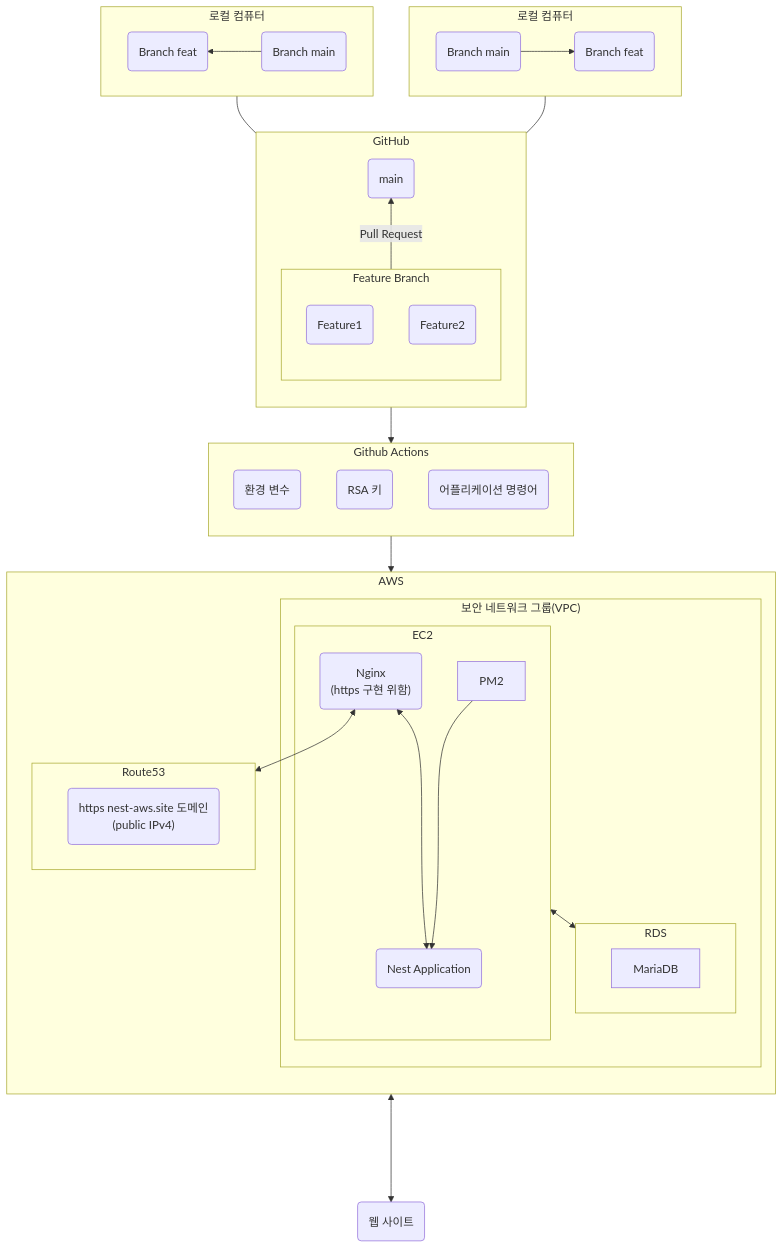
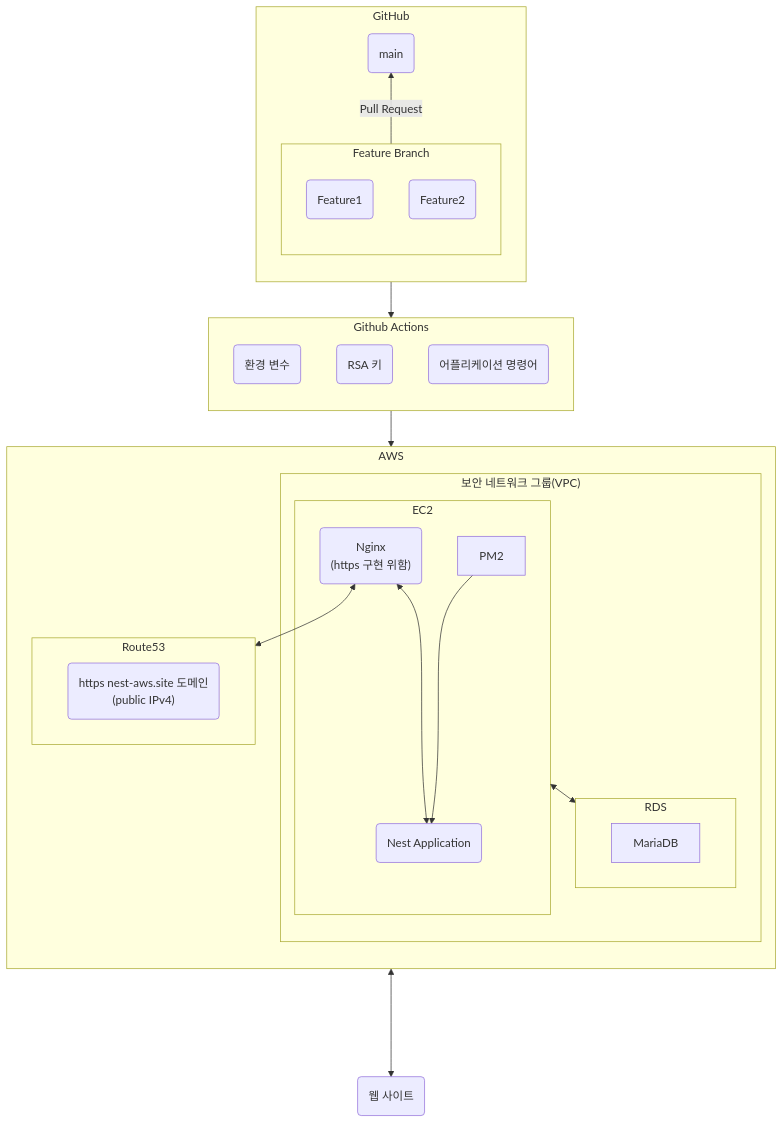
One commit to Team-LinkUp/.github changed the second of 2 diagrams in profile/README.md. Above: the diagram before and after it, drawn with Mermaid.

````diff
--- a/profile/README.md
+++ b/profile/README.md
@@ -107,71 +107,53 @@
 ```mermaid
 flowchart TB
     
-subgraph Local1 ["로컬 컴퓨터"]
-    direction RL
-    Local-branch-main1("Branch main")
-    Local-branch-feat1("Branch feat")
-    
-    Local-branch-main1 --> Local-branch-feat1
-end
-subgraph Local2 ["로컬 컴퓨터"]
-    direction LR
-    Local-branch-main2("Branch main")
-    Local-branch-feat2("Branch feat")
-
-    Local-branch-main2 --> Local-branch-feat2
-end
-
 subgraph GitHubRepo ["GitHub"]
     direction BT
     subgraph feature ["Feature Branch"]
         Github-Branch-feat1("Feature1")
         Github-Branch-feat2("Feature2")
     end
     
     Github-Branch-main("main")
     
     feature -- Pull Request --> Github-Branch-main
 end
-
-Local1 --- feature
-Local2 --- feature
 
 subgraph GithubAction ["Github Actions"]
     direction TB
     Env("환경 변수")
     SSL("RSA 키")
     Cmd("어플리케이션 명령어")
 end
 
 Github-Branch-main --> GithubAction
 
 subgraph AWS ["AWS"]
     direction TB
     subgraph VPC ["보안 네트워크 그룹(VPC)"]
         subgraph EC2
             PM2
             Nest("Nest Application")
             PM2 --> Nest
             Nginx("Nginx\n (https 구현 위함)")
             Nginx <---> Nest
         end
         subgraph RDS
             MariaDB
         end
         EC2 <---> RDS
     end
     subgraph Route53
         nest-aws.site("https nest-aws.site 도메인 \n (public IPv4)")
     end
     
     Nginx <--> Route53
     
 end
 
 GithubAction --> PM2
 
 FrontEnd("웹 사이트")
 
 Route53 <----> FrontEnd
 ```
````
